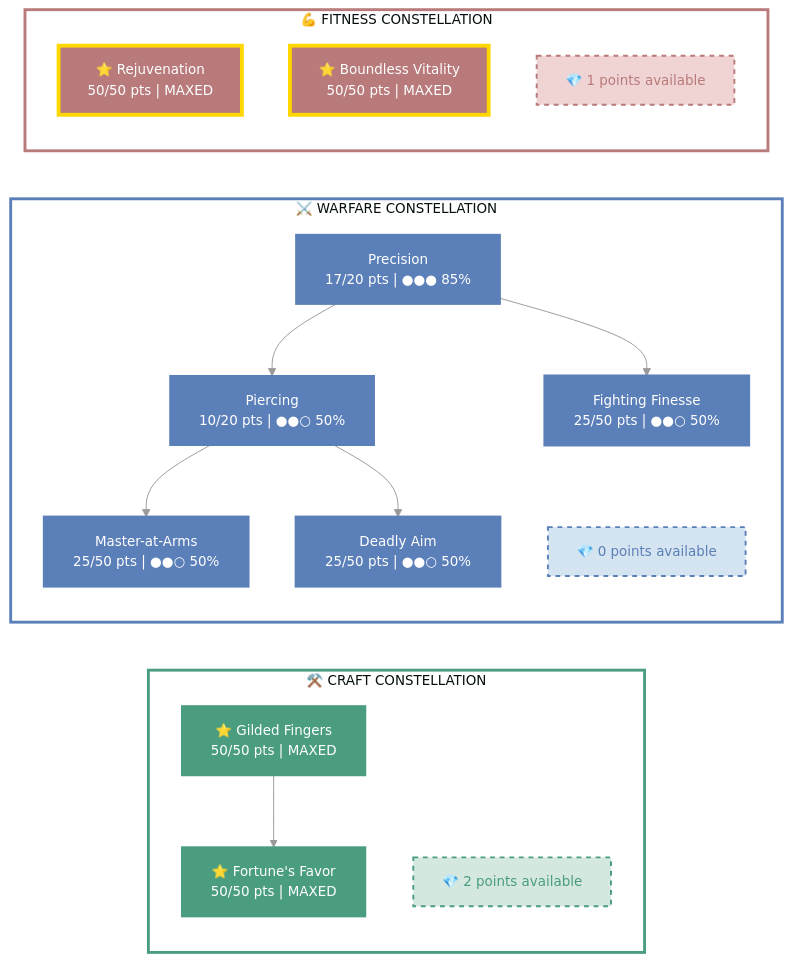
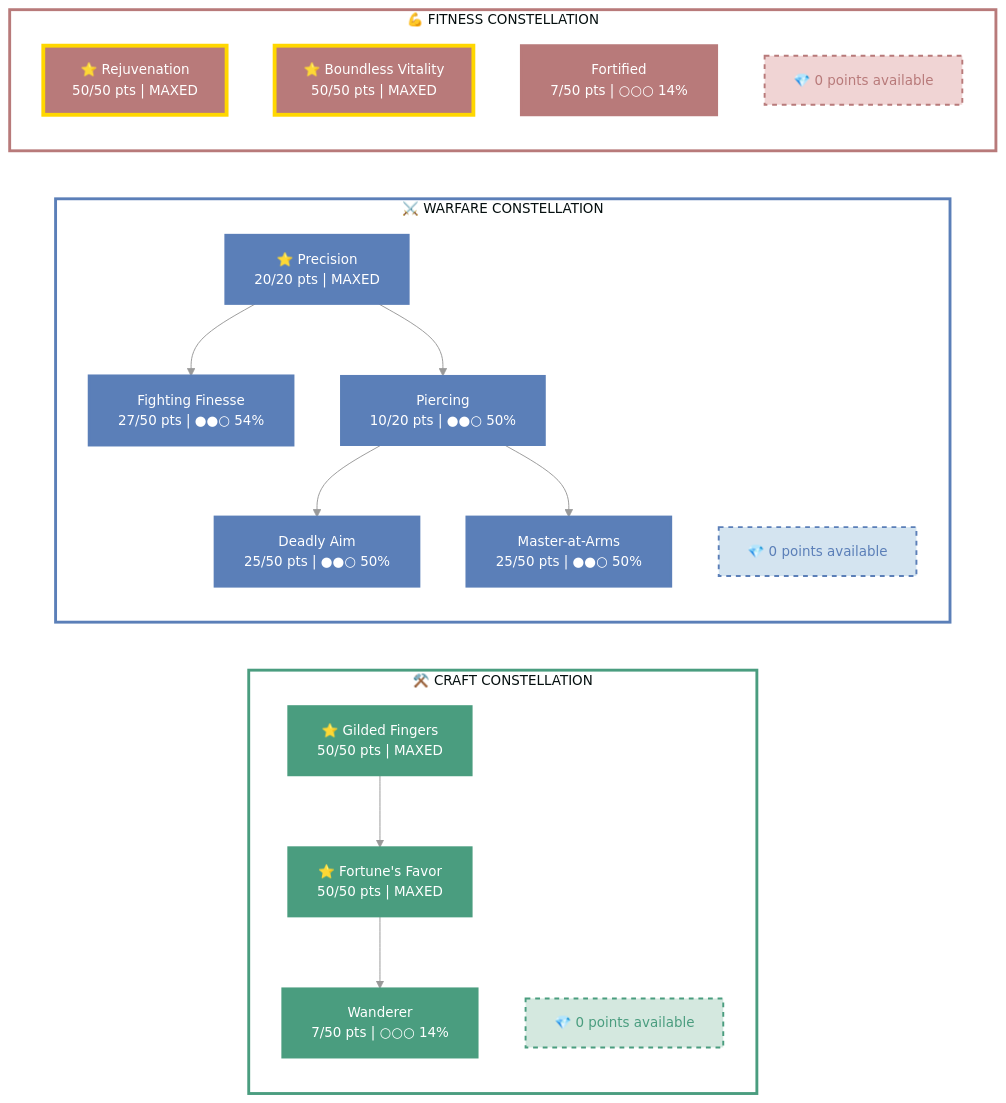
Before and after one commit to solaegis/CharacterMarkdown: the first of 2 diagrams in examples/Ringil.md, drawn with Mermaid. The commit also changed other lines of this file and 7 other files, not shown here.

```diff
--- a/examples/Ringil.md
+++ b/examples/Ringil.md
@@ -298,7 +303,7 @@
   %% Enhanced readability with clear visual hierarchy
 
   %% ========================================
-  %% ⚒️ CRAFT CONSTELLATION (100/564 pts)
+  %% ⚒️ CRAFT CONSTELLATION (107/564 pts)
   %% ========================================
 
   subgraph subCRAFT["⚒️ CRAFT CONSTELLATION"]
@@ -307,37 +312,40 @@
     style C_FortunesFavor fill:#4a9d7f,stroke:#4a9d7f,stroke-width:2px,color:#fff
     C_GildedFingers["⭐ Gilded Fingers<br/>50/50 pts | MAXED"]
     style C_GildedFingers fill:#4a9d7f,stroke:#4a9d7f,stroke-width:2px,color:#fff
+    C_Wanderer["Wanderer<br/>7/50 pts | ○○○ 14%"]
+    style C_Wanderer fill:#4a9d7f,stroke:#4a9d7f,stroke-width:2px,color:#fff
 
     %% Connections
     C_GildedFingers --> C_FortunesFavor
+    C_FortunesFavor --> C_Wanderer
 
-    CRAFT_AVAIL["💎 2 points available"]
+    CRAFT_AVAIL["💎 0 points available"]
     style CRAFT_AVAIL fill:#d4e8df,stroke:#4a9d7f,stroke-width:2px,stroke-dasharray:5 5,color:#4a9d7f
 
   end
   style subCRAFT fill:transparent,stroke:#4a9d7f,stroke-width:3px
 
   %% ========================================
-  %% ⚔️ WARFARE CONSTELLATION (102/564 pts)
+  %% ⚔️ WARFARE CONSTELLATION (107/564 pts)
   %% ========================================
 
   subgraph subWARFARE["⚔️ WARFARE CONSTELLATION"]
 
-    W_MasteratArms["Master-at-Arms<br/>25/50 pts | ●●○ 50%"]
-    style W_MasteratArms fill:#5b7fb8,stroke:#5b7fb8,stroke-width:3px,color:#fff
-    W_FightingFinesse["Fighting Finesse<br/>25/50 pts | ●●○ 50%"]
+    W_FightingFinesse["Fighting Finesse<br/>27/50 pts | ●●○ 54%"]
     style W_FightingFinesse fill:#5b7fb8,stroke:#5b7fb8,stroke-width:3px,color:#fff
     W_DeadlyAim["Deadly Aim<br/>25/50 pts | ●●○ 50%"]
     style W_DeadlyAim fill:#5b7fb8,stroke:#5b7fb8,stroke-width:3px,color:#fff
-    W_Precision["Precision<br/>17/20 pts | ●●● 85%"]
+    W_MasteratArms["Master-at-Arms<br/>25/50 pts | ●●○ 50%"]
+    style W_MasteratArms fill:#5b7fb8,stroke:#5b7fb8,stroke-width:3px,color:#fff
+    W_Precision["⭐ Precision<br/>20/20 pts | MAXED"]
     style W_Precision fill:#5b7fb8,stroke:#5b7fb8,stroke-width:2px,color:#fff
     W_Piercing["Piercing<br/>10/20 pts | ●●○ 50%"]
     style W_Piercing fill:#5b7fb8,stroke:#5b7fb8,stroke-width:2px,color:#fff
 
     %% Connections
-    W_Piercing --> W_MasteratArms
     W_Precision --> W_FightingFinesse
     W_Piercing --> W_DeadlyAim
+    W_Piercing --> W_MasteratArms
     W_Precision --> W_Piercing
 
     WARFARE_AVAIL["💎 0 points available"]
@@ -347,7 +355,7 @@
   style subWARFARE fill:transparent,stroke:#5b7fb8,stroke-width:3px
 
   %% ========================================
-  %% 💪 FITNESS CONSTELLATION (100/564 pts)
+  %% 💪 FITNESS CONSTELLATION (107/564 pts)
   %% ========================================
 
   subgraph subFITNESS["💪 FITNESS CONSTELLATION"]
@@ -356,10 +364,12 @@
     style F_Rejuvenation fill:#b87a7a,stroke:#ffd700,stroke-width:4px,color:#fff
     F_BoundlessVitality["⭐ Boundless Vitality<br/>50/50 pts | MAXED"]
     style F_BoundlessVitality fill:#b87a7a,stroke:#ffd700,stroke-width:4px,color:#fff
+    F_Fortified["Fortified<br/>7/50 pts | ○○○ 14%"]
+    style F_Fortified fill:#b87a7a,stroke:#b87a7a,stroke-width:3px,color:#fff
 
     %% Connections
 
-    FITNESS_AVAIL["💎 1 points available"]
+    FITNESS_AVAIL["💎 0 points available"]
     style FITNESS_AVAIL fill:#f0d4d4,stroke:#b87a7a,stroke-width:2px,stroke-dasharray:5 5,color:#b87a7a
 
   end
```
